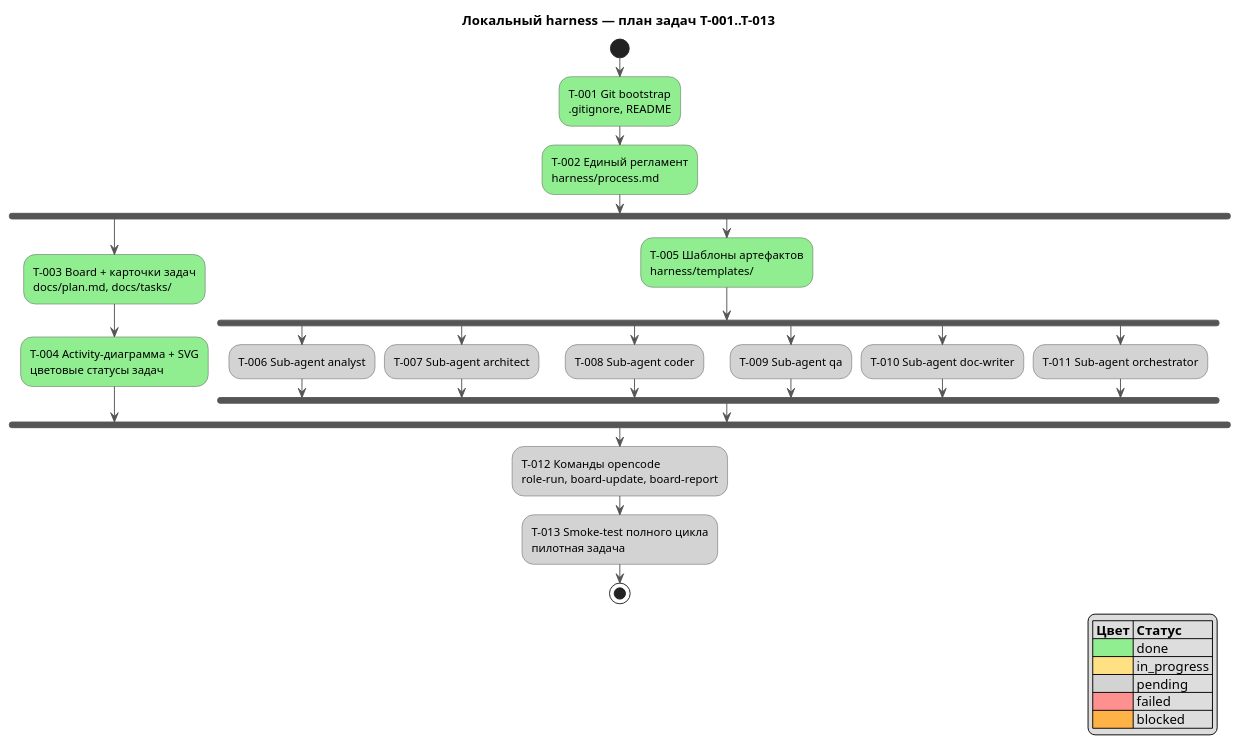
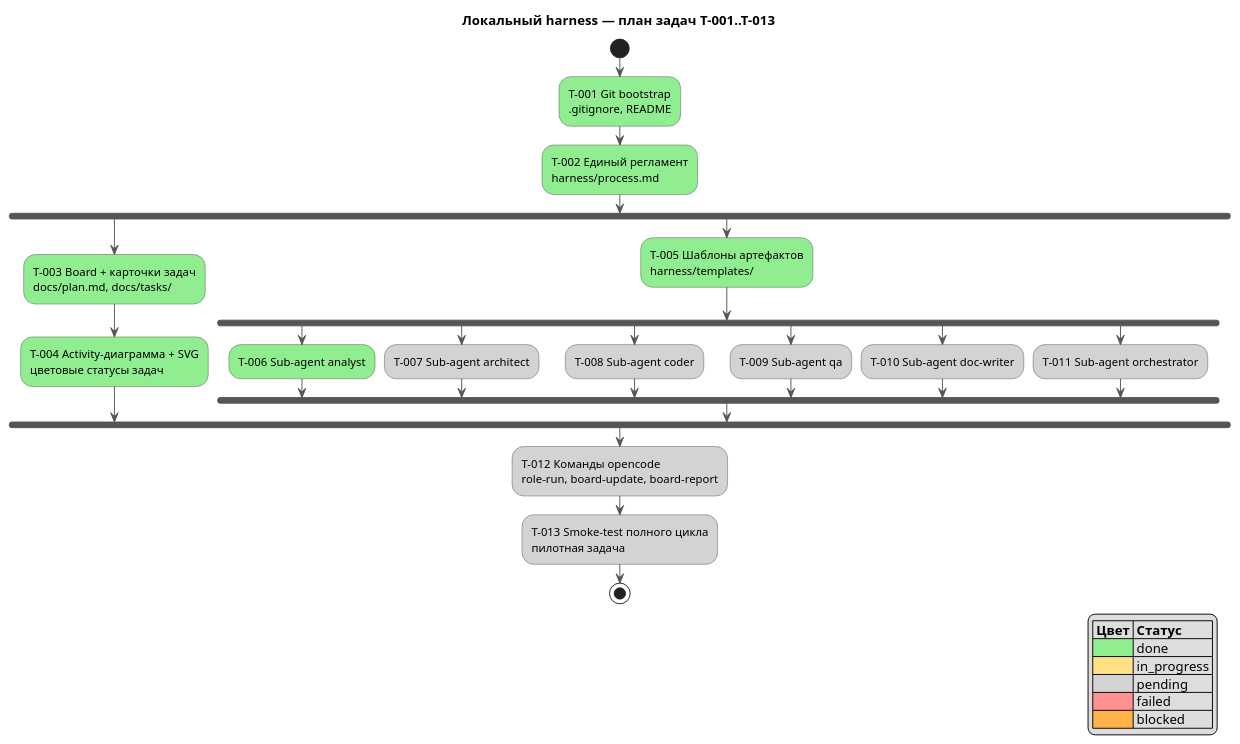
Before and after one commit to serge-sasov/harness: the diagram in docs/activity.puml, drawn with PlantUML. The commit also changed 4 other files, not shown here.

Commit message:
T-006: sub-agent analyst (qwen3.8:27b-64k)

```diff
--- a/docs/activity.puml
+++ b/docs/activity.puml
@@ -1,42 +1,42 @@
 @startuml
 skinparam defaultFontName Segoe UI
 skinparam ActivityBackgroundColor #FFFFFF
 skinparam ActivityBorderColor #555555
 skinparam ArrowColor #555555
 title Локальный harness — план задач T-001..T-013
 
 start
 #90EE90:T-001 Git bootstrap\n.gitignore, README;
 #90EE90:T-002 Единый регламент\nharness/process.md;
 fork
   #90EE90:T-003 Board + карточки задач\ndocs/plan.md, docs/tasks/;
   #90EE90:T-004 Activity-диаграмма + SVG\nцветовые статусы задач;
 fork again
   #90EE90:T-005 Шаблоны артефактов\nharness/templates/;
   fork
-    #D3D3D3:T-006 Sub-agent analyst;
+    #90EE90:T-006 Sub-agent analyst;
   fork again
     #D3D3D3:T-007 Sub-agent architect;
   fork again
     #D3D3D3:T-008 Sub-agent coder;
   fork again
     #D3D3D3:T-009 Sub-agent qa;
   fork again
     #D3D3D3:T-010 Sub-agent doc-writer;
   fork again
     #D3D3D3:T-011 Sub-agent orchestrator;
   end fork
 end fork
 #D3D3D3:T-012 Команды opencode\nrole-run, board-update, board-report;
 #D3D3D3:T-013 Smoke-test полного цикла\nпилотная задача;
 stop
 
 legend right
 |= Цвет |= Статус |
 |<#90EE90>| done |
 |<#FFE082>| in_progress |
 |<#D3D3D3>| pending |
 |<#FF9090>| failed |
 |<#FFB347>| blocked |
 endlegend
 @enduml
```
